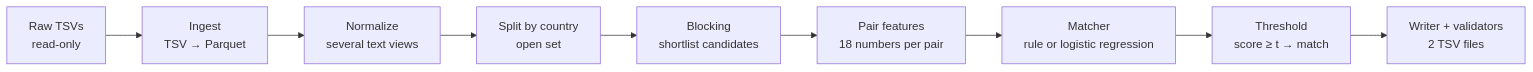
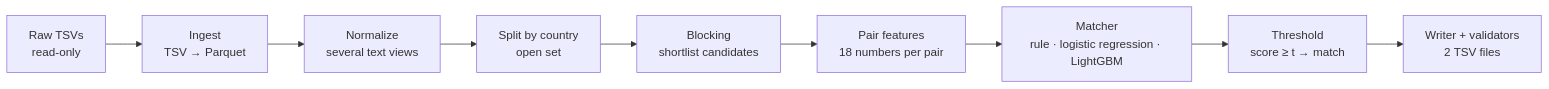
Before and after one commit to prammmm/Large-Language-Coders: the diagram in docs/MODEL_AND_PIPELINE_EXPLAINED.md, drawn with Mermaid. The commit also changed other lines of this file and 36 other files, not shown here.

````diff
--- a/docs/MODEL_AND_PIPELINE_EXPLAINED.md
+++ b/docs/MODEL_AND_PIPELINE_EXPLAINED.md
@@ -20,11 +21,11 @@
 ```mermaid
 flowchart LR
     A[Raw TSVs<br/>read-only] --> B[Ingest<br/>TSV → Parquet]
     B --> C[Normalize<br/>several text views]
     C --> D[Split by country<br/>open set]
     D --> E[Blocking<br/>shortlist candidates]
     E --> F[Pair features<br/>18 numbers per pair]
-    F --> G[Matcher<br/>rule or logistic regression]
+    F --> G[Matcher<br/>rule · logistic regression · LightGBM]
     G --> H[Threshold<br/>score ≥ t → match]
     H --> I[Writer + validators<br/>2 TSV files]
 ```
````
